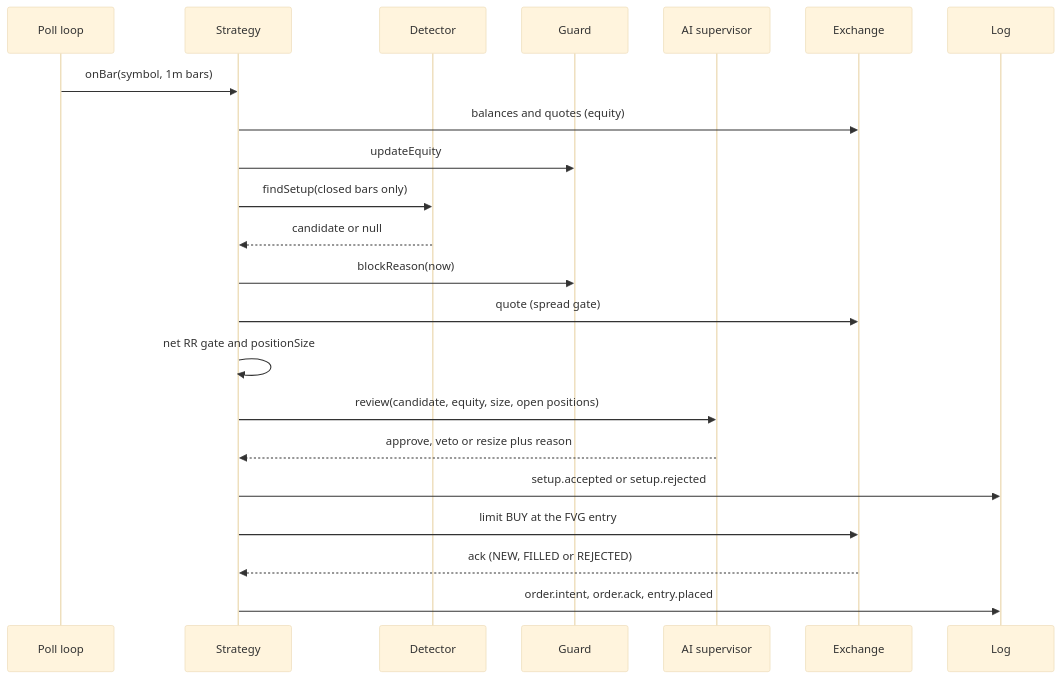
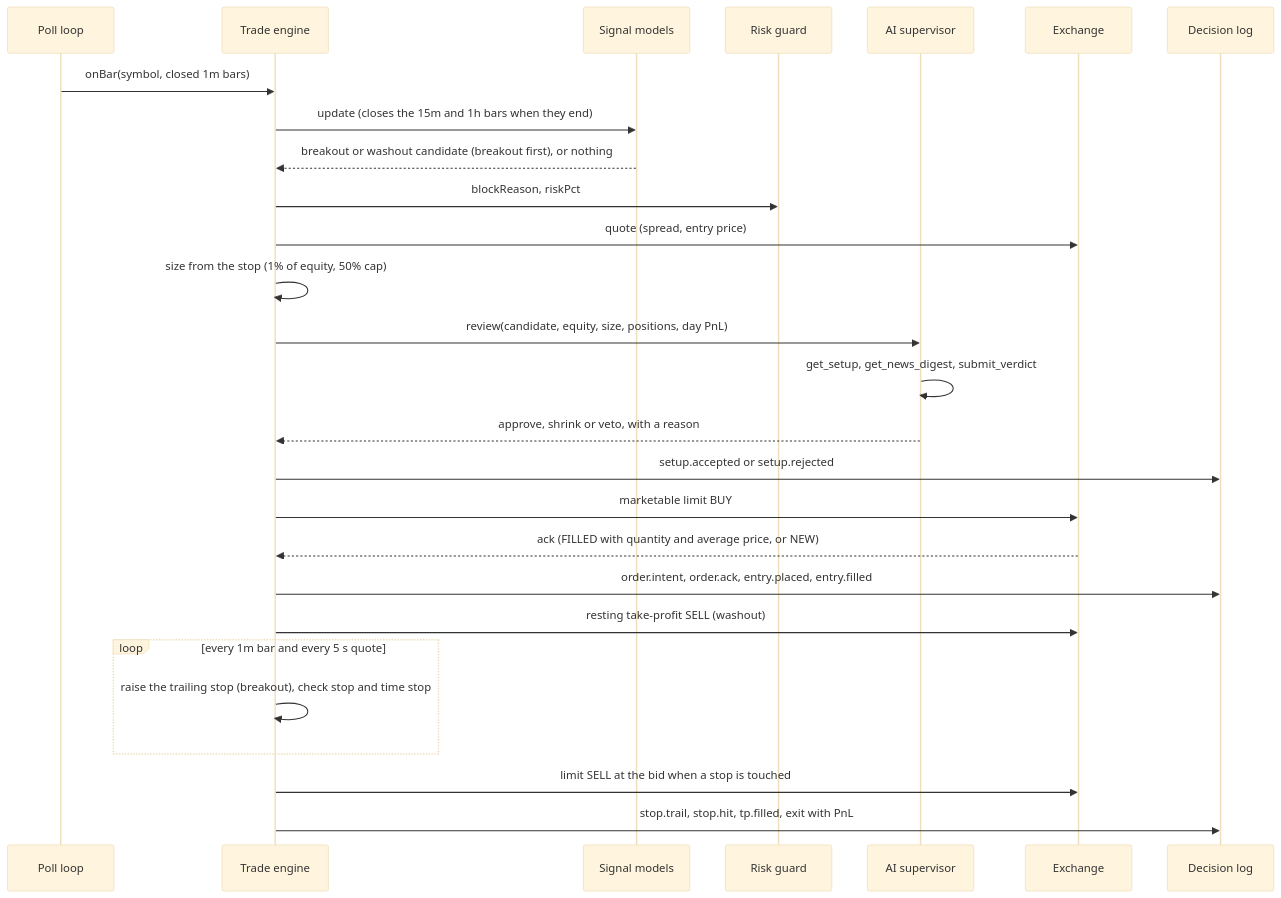
One commit to united-states-arak/wallex changed the second of 3 diagrams in docs/ARCHITECTURE.md. Above: the diagram before and after it, drawn with Mermaid (base theme). The commit also changed other lines of this file and 152 other files, not shown here.

````diff
--- a/docs/ARCHITECTURE.md
+++ b/docs/ARCHITECTURE.md
@@ -40,24 +39,29 @@
 ```mermaid
 sequenceDiagram
     participant P as Poll loop
-    participant S as Strategy
-    participant D as Detector
-    participant G as Guard
+    participant S as Trade engine
+    participant T as Signal models
+    participant G as Risk guard
     participant A as AI supervisor
     participant E as Exchange
-    participant L as Log
-    P->>S: onBar(symbol, 1m bars)
-    S->>E: balances and quotes (equity)
-    S->>G: updateEquity
-    S->>D: findSetup(closed bars only)
-    D-->>S: candidate or null
-    S->>G: blockReason(now)
-    S->>E: quote (spread gate)
-    S->>S: net RR gate and positionSize
-    S->>A: review(candidate, equity, size, open positions)
-    A-->>S: approve, veto or resize plus reason
+    participant L as Decision log
+    P->>S: onBar(symbol, closed 1m bars)
+    S->>T: update (closes the 15m and 1h bars when they end)
+    T-->>S: breakout or washout candidate (breakout first), or nothing
+    S->>G: blockReason, riskPct
+    S->>E: quote (spread, entry price)
+    S->>S: size from the stop (1% of equity, 50% cap)
+    S->>A: review(candidate, equity, size, positions, day PnL)
+    A->>A: get_setup, get_news_digest, submit_verdict
+    A-->>S: approve, shrink or veto, with a reason
     S->>L: setup.accepted or setup.rejected
-    S->>E: limit BUY at the FVG entry
-    E-->>S: ack (NEW, FILLED or REJECTED)
-    S->>L: order.intent, order.ack, entry.placed
+    S->>E: marketable limit BUY
+    E-->>S: ack (FILLED with quantity and average price, or NEW)
+    S->>L: order.intent, order.ack, entry.placed, entry.filled
+    S->>E: resting take-profit SELL (washout)
+    loop every 1m bar and every 5 s quote
+        S->>S: raise the trailing stop (breakout), check stop and time stop
+    end
+    S->>E: limit SELL at the bid when a stop is touched
+    S->>L: stop.trail, stop.hit, tp.filled, exit with PnL
 ```
````
